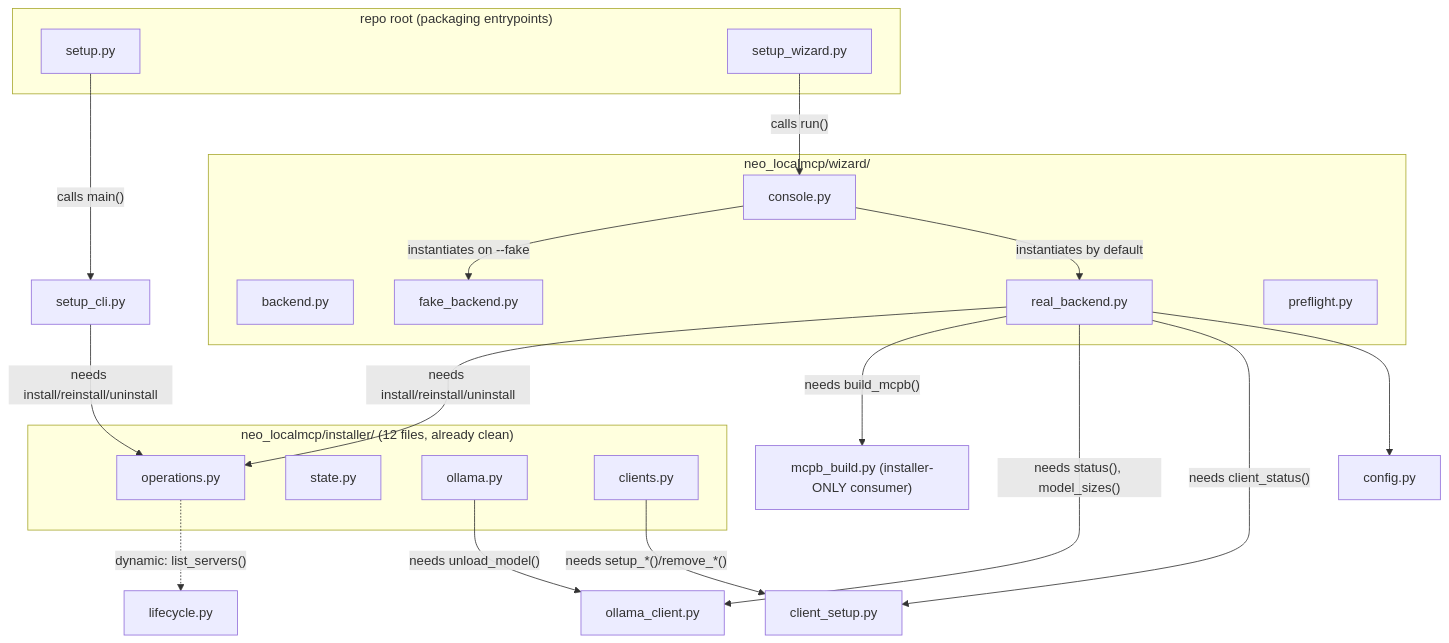
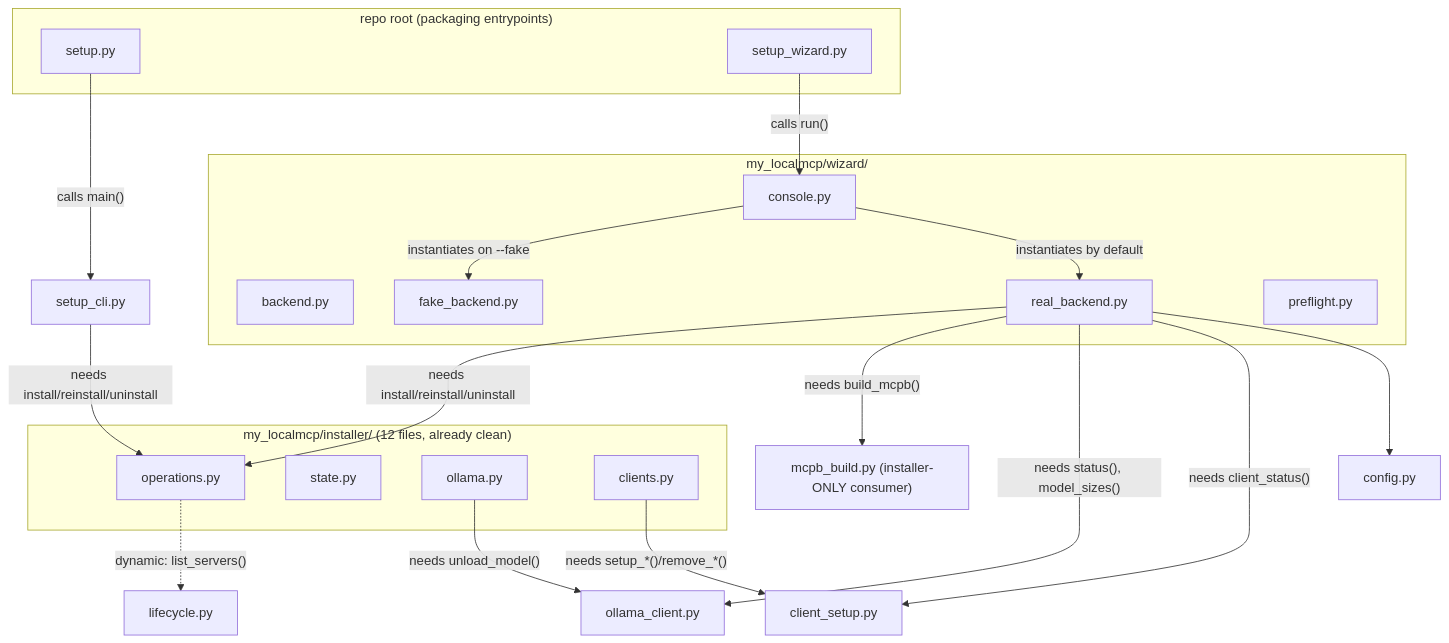
One commit to kartikeyajay2006/my-localmcp changed the first of 4 diagrams in docs/superpowers/specs/2026-07-06-installer-mcp-reorg-design.md. Above: the diagram before and after it, drawn with Mermaid. The commit also changed other lines of this file and 209 other files, not shown here.

````diff
--- a/docs/superpowers/specs/2026-07-06-installer-mcp-reorg-design.md
+++ b/docs/superpowers/specs/2026-07-06-installer-mcp-reorg-design.md
@@ -76,40 +76,40 @@
 ```mermaid
 graph TD
     subgraph ROOT["repo root (packaging entrypoints)"]
         setup_py["setup.py"]
         setup_wizard_py["setup_wizard.py"]
     end
-    subgraph WIZARD["neo_localmcp/wizard/"]
+    subgraph WIZARD["my_localmcp/wizard/"]
         backend["backend.py"]
         console["console.py"]
         real_backend["real_backend.py"]
         fake_backend["fake_backend.py"]
         preflight["preflight.py"]
     end
     setup_cli["setup_cli.py"]
-    subgraph INSTALLER["neo_localmcp/installer/ (12 files, already clean)"]
+    subgraph INSTALLER["my_localmcp/installer/ (12 files, already clean)"]
         operations["operations.py"]
         state_mod["state.py"]
         installer_ollama["ollama.py"]
         installer_clients["clients.py"]
     end
     lifecycle["lifecycle.py"]
     client_setup["client_setup.py"]
     ollama_client["ollama_client.py"]
     config["config.py"]
     mcpb_build["mcpb_build.py (installer-ONLY consumer)"]
 
     setup_py -->|"calls main()"| setup_cli
     setup_wizard_py -->|"calls run()"| console
     console -->|"instantiates on --fake"| fake_backend
     console -->|"instantiates by default"| real_backend
     setup_cli -->|"needs install/reinstall/uninstall"| operations
     real_backend -->|"needs install/reinstall/uninstall"| operations
     real_backend -->|"needs build_mcpb()"| mcpb_build
     real_backend -->|"needs status(), model_sizes()"| ollama_client
     real_backend -->|"needs client_status()"| client_setup
     real_backend --> config
     operations -.->|"dynamic: list_servers()"| lifecycle
     installer_ollama -->|"needs unload_model()"| ollama_client
     installer_clients -->|"needs setup_*()/remove_*()"| client_setup
 ```
````
